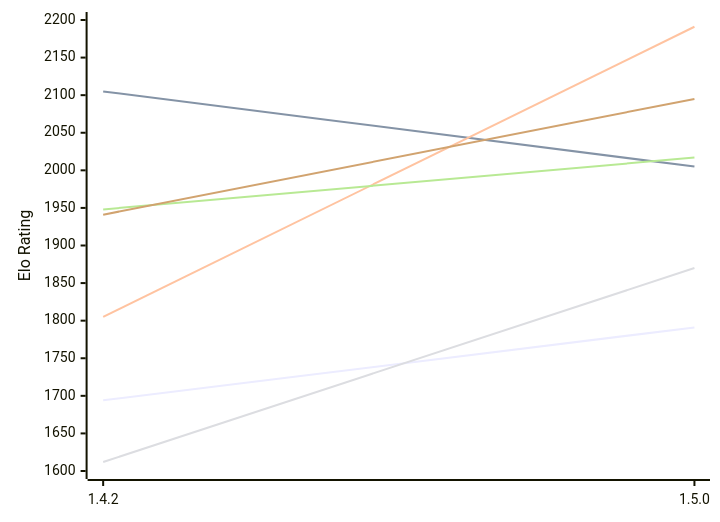
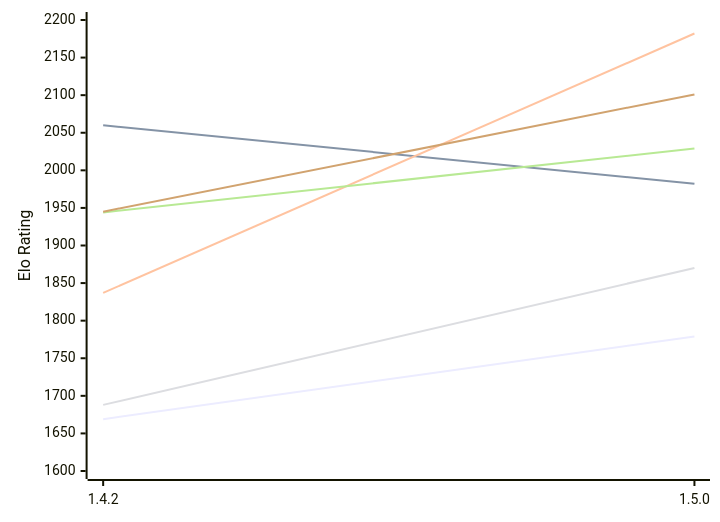
Before and after one commit to computer-chess-index/cci: the first of 2 diagrams in engines/Zeppelin.md, drawn with Mermaid. The commit also changed other lines of this file, not shown here.

Commit message:
Update CCI Ratings (ELO VLTC) - 2026-11-15

````diff
--- a/engines/Zeppelin.md
+++ b/engines/Zeppelin.md
@@ -57,12 +57,12 @@
 ```mermaid
 %%{init: {"theme":"base","themeVariables":{"seriesColors:['#a3a3a3','#222221','#faa371']}}}%%
 xychart-beta
   x-axis ["1.4.2", "1.5.0"]
   y-axis "Elo Rating" 1600 --> 2200
-  line "E1: STC (8.0+0.08s)" [1694, 1791]
-  line "E1: LTC (60.0+0.60s)" [2105, 2005]
-  line "E1: VLTC (2m24s+1.12s)" [1805, 2191]
-  line "P1: STC (8.0+0.08s)" [1612, 1870]
-  line "P1: LTC (60.0+0.60s)" [1948, 2017]
-  line "P1: VLTC (2m24s+1.12s)" [1941, 2095]
+  line "E1: STC (8.0+0.08s)" [1669, 1779]
+  line "E1: LTC (60.0+0.60s)" [2060, 1982]
+  line "E1: VLTC (2m24s+1.12s)" [1837, 2182]
+  line "P1: STC (8.0+0.08s)" [1688, 1870]
+  line "P1: LTC (60.0+0.60s)" [1944, 2029]
+  line "P1: VLTC (2m24s+1.12s)" [1945, 2101]
 ```
````
